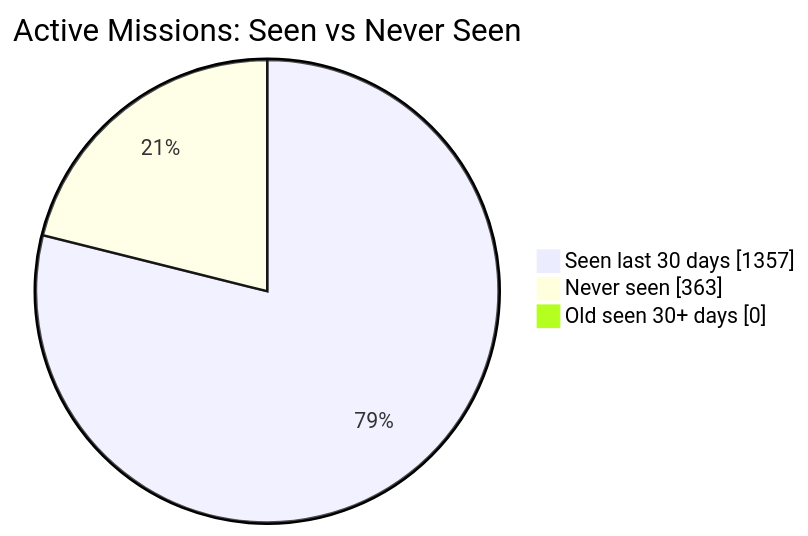
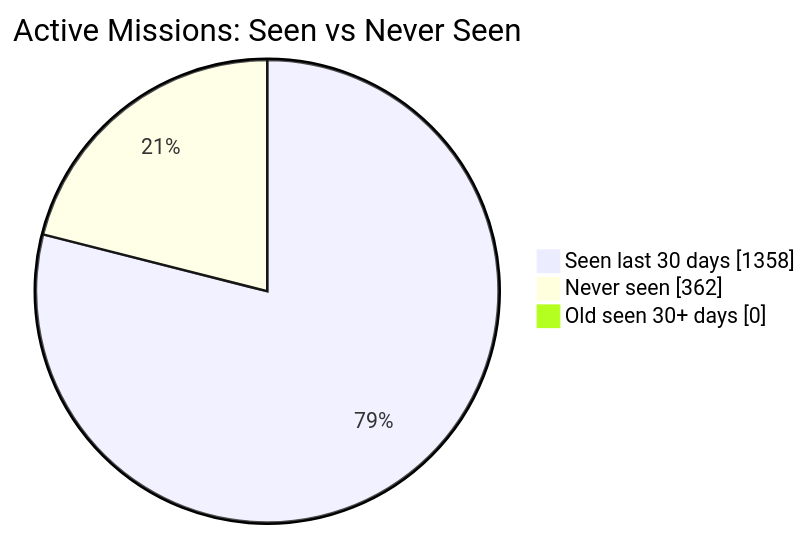
The first of 2 diagrams in README.md (MeldkamerspelGameTeam/active-missions), drawn with Mermaid before and after one commit. The commit also changed other lines of this file and 3 other files, not shown here.

````diff
--- a/README.md
+++ b/README.md
@@ -34,7 +34,7 @@
 ```mermaid
 pie showData
     title Active Missions: Seen vs Never Seen
-    "Seen last 30 days" : 1357
-    "Never seen" : 363
+    "Seen last 30 days" : 1358
+    "Never seen" : 362
     "Old seen 30+ days" : 0
 ```
````
